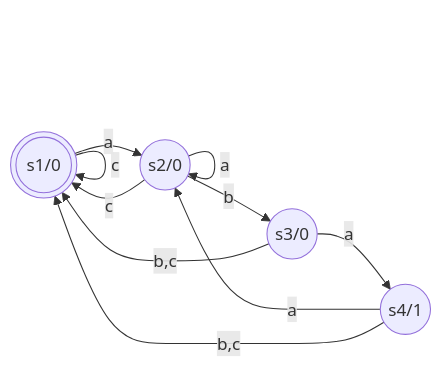
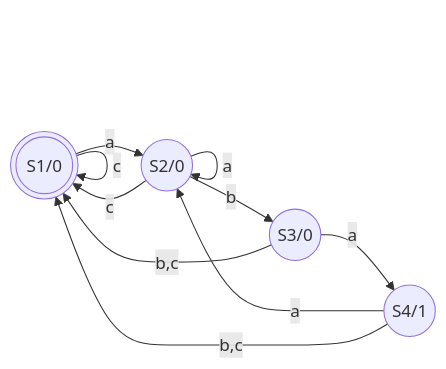
The third of 5 diagrams in Architettura e sistemi operativi/Automi.md (SuperSamus/appunti-universitari), drawn with Mermaid before and after one commit. The commit also changed other lines of this file and 1 other file, not shown here.

````diff
--- a/Architettura e sistemi operativi/Automi.md
+++ b/Architettura e sistemi operativi/Automi.md
@@ -57,11 +57,11 @@
 ```mermaid
 flowchart LR
 s1 --> |b| s1
 s1 --> |c| s1
-s1(((s1/0))) --> |a| s2((s2/0)) --> |c| s1
+s1(((S1/0))) --> |a| s2((S2/0)) --> |c| s1
 s2 --> |a| s2
-s2 --> |b| s3((s3/0))
+s2 --> |b| s3((S3/0))
 s3 --> |b,c| s1
-s3 --> |a| s4((s4/1)) --> |a| s2
+s3 --> |a| s4((S4/1)) --> |a| s2
 s4 --> |b,c| s1
 ```
````
